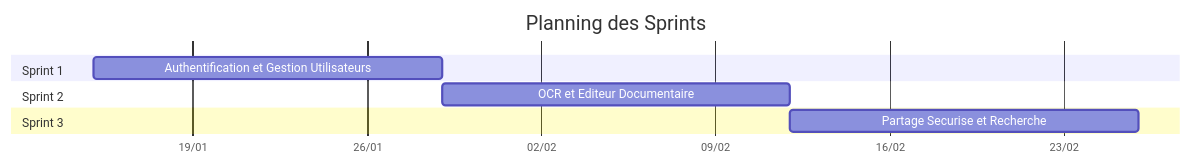
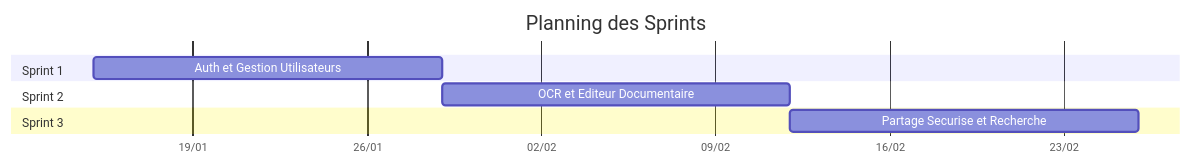
Before and after one commit to mohamedYassinChayada/stage-perf: the third of 3 diagrams in rapport/chapitre-2-etude-prealable.md, drawn with Mermaid. The commit also changed other lines of this file and 7 other files, not shown here.

````diff
--- a/rapport/chapitre-2-etude-prealable.md
+++ b/rapport/chapitre-2-etude-prealable.md
@@ -165,15 +165,15 @@
 ```mermaid
 gantt
     title Planning des Sprints
     dateFormat  YYYY-MM-DD
     axisFormat  %d/%m
 
     section Sprint 1
-    Authentification et Gestion Utilisateurs   :s1, 2025-01-15, 14d
+    Auth et Gestion Utilisateurs       :s1, 2025-01-15, 14d
 
     section Sprint 2
-    OCR et Editeur Documentaire                :s2, after s1, 14d
+    OCR et Editeur Documentaire        :s2, after s1, 14d
 
     section Sprint 3
-    Partage Securise et Recherche              :s3, after s2, 14d
+    Partage Securise et Recherche      :s3, after s2, 14d
 ```
````
